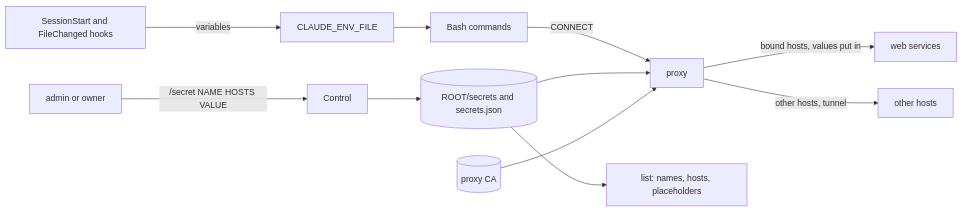
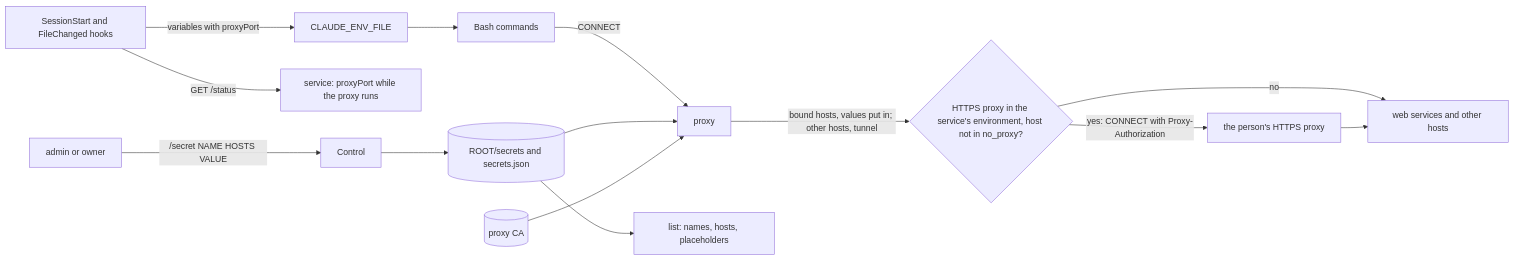
One commit to evgeny-simplex/simplex-chat changed the fourth of 4 diagrams in plans/2026-11-13-mcp-secrets.md. Above: the diagram before and after it, drawn with Mermaid. The commit also changed other lines of this file and 9 other files, not shown here.

Commit message:
mcp: secrets proxy connects through the HTTPS and HTTP proxies of its environment, except no_proxy hosts; token_uri post over the same connections; FileChanged scope in docs

````diff
--- a/plans/2026-11-13-mcp-secrets.md
+++ b/plans/2026-11-13-mcp-secrets.md
@@ -365,13 +365,16 @@
 ```mermaid
 flowchart LR
   AD[admin or owner] -->|/secret NAME HOSTS VALUE| CT[Control]
   CT --> ST[(ROOT/secrets and secrets.json)]
-  HK[SessionStart and FileChanged hooks] -->|variables| EF[CLAUDE_ENV_FILE]
+  HK[SessionStart and FileChanged hooks] -->|GET /status| SV[service: proxyPort while the proxy runs]
+  HK -->|variables with proxyPort| EF[CLAUDE_ENV_FILE]
   EF --> BC[Bash commands]
   BC -->|CONNECT| PX[proxy]
   ST --> PX
   CA[(proxy CA)] --> PX
-  PX -->|bound hosts, values put in| WS[web services]
-  PX -->|other hosts, tunnel| OT[other hosts]
+  PX -->|bound hosts, values put in; other hosts, tunnel| NP{"HTTPS proxy in the service's environment, host not in no_proxy?"}
+  NP -->|no| WS[web services and other hosts]
+  NP -->|yes: CONNECT with Proxy-Authorization| PP[the person's HTTPS proxy]
+  PP --> WS
   ST --> LS[list: names, hosts, placeholders]
 ```
````
